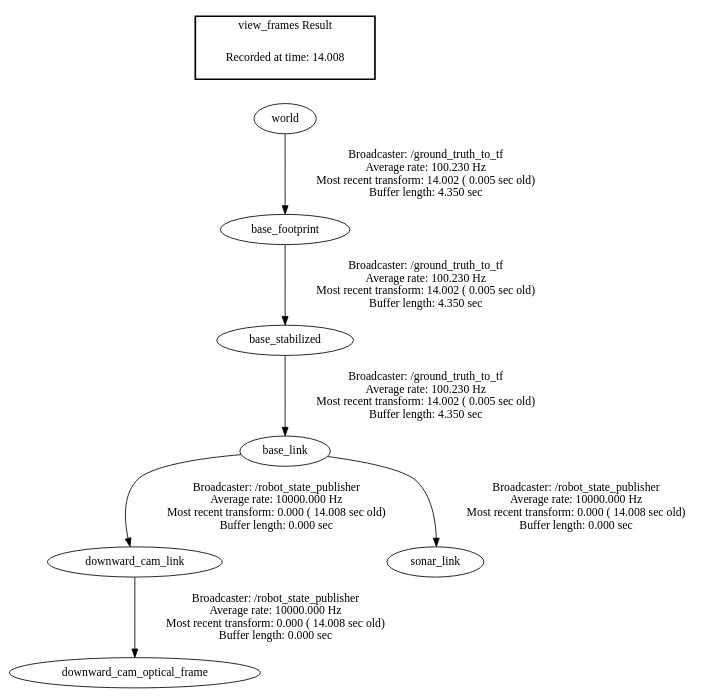
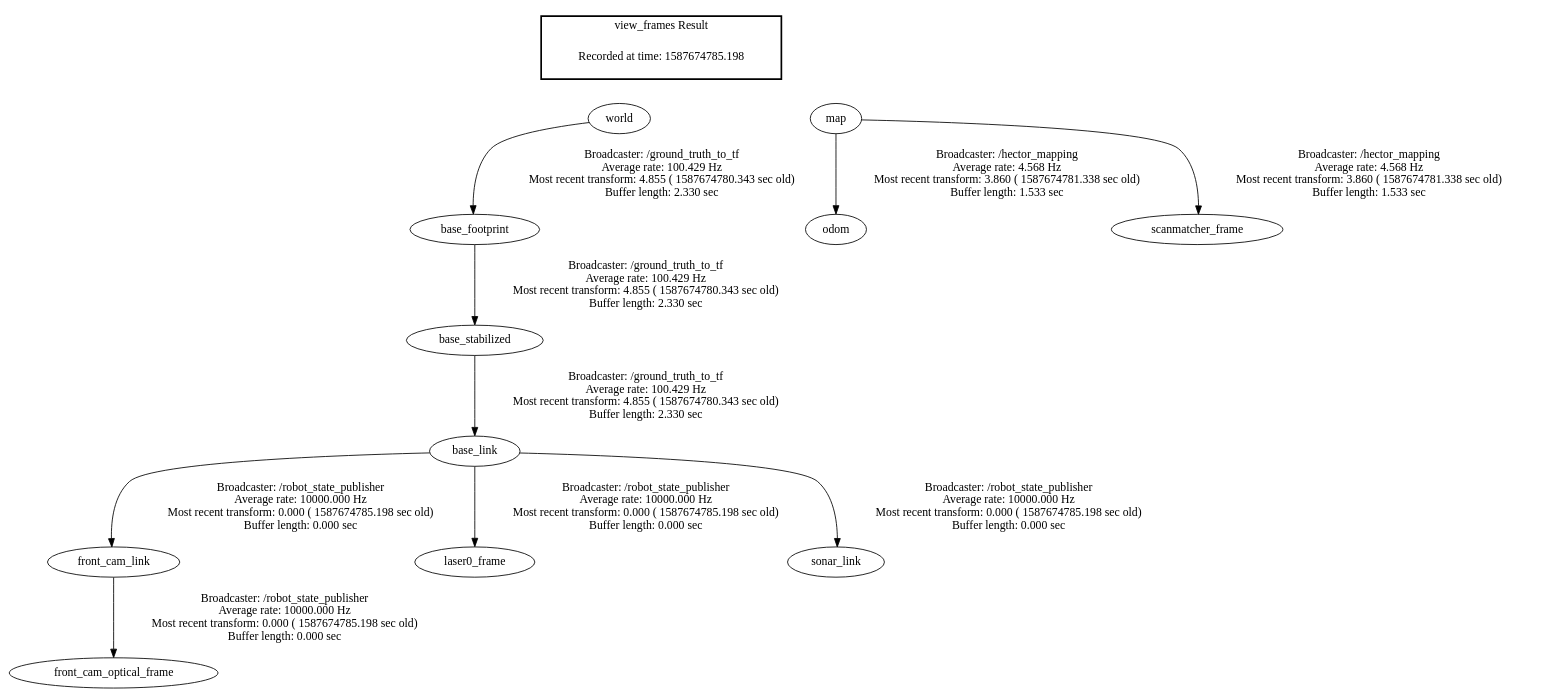
One commit to suveergarg/uav_landing changed the diagram in frames.gv. Above: the diagram before and after it, drawn with Graphviz. The commit also changed 7 other files, not shown here.

```diff
--- a/frames.gv
+++ b/frames.gv
@@ -1,12 +1,19 @@
 digraph G {
-"world" -> "base_footprint"[label="Broadcaster: /ground_truth_to_tf\nAverage rate: 100.230 Hz\nMost recent transform: 14.002 ( 0.005 sec old)\nBuffer length: 4.350 sec\n"];
-"base_footprint" -> "base_stabilized"[label="Broadcaster: /ground_truth_to_tf\nAverage rate: 100.230 Hz\nMost recent transform: 14.002 ( 0.005 sec old)\nBuffer length: 4.350 sec\n"];
-"base_stabilized" -> "base_link"[label="Broadcaster: /ground_truth_to_tf\nAverage rate: 100.230 Hz\nMost recent transform: 14.002 ( 0.005 sec old)\nBuffer length: 4.350 sec\n"];
-"base_link" -> "downward_cam_link"[label="Broadcaster: /robot_state_publisher\nAverage rate: 10000.000 Hz\nMost recent transform: 0.000 ( 14.008 sec old)\nBuffer length: 0.000 sec\n"];
-"downward_cam_link" -> "downward_cam_optical_frame"[label="Broadcaster: /robot_state_publisher\nAverage rate: 10000.000 Hz\nMost recent transform: 0.000 ( 14.008 sec old)\nBuffer length: 0.000 sec\n"];
-"base_link" -> "sonar_link"[label="Broadcaster: /robot_state_publisher\nAverage rate: 10000.000 Hz\nMost recent transform: 0.000 ( 14.008 sec old)\nBuffer length: 0.000 sec\n"];
+"base_link" -> "front_cam_link"[label="Broadcaster: /robot_state_publisher\nAverage rate: 10000.000 Hz\nMost recent transform: 0.000 ( 1587674785.198 sec old)\nBuffer length: 0.000 sec\n"];
+"base_stabilized" -> "base_link"[label="Broadcaster: /ground_truth_to_tf\nAverage rate: 100.429 Hz\nMost recent transform: 4.855 ( 1587674780.343 sec old)\nBuffer length: 2.330 sec\n"];
+"front_cam_link" -> "front_cam_optical_frame"[label="Broadcaster: /robot_state_publisher\nAverage rate: 10000.000 Hz\nMost recent transform: 0.000 ( 1587674785.198 sec old)\nBuffer length: 0.000 sec\n"];
+"base_link" -> "laser0_frame"[label="Broadcaster: /robot_state_publisher\nAverage rate: 10000.000 Hz\nMost recent transform: 0.000 ( 1587674785.198 sec old)\nBuffer length: 0.000 sec\n"];
+"base_link" -> "sonar_link"[label="Broadcaster: /robot_state_publisher\nAverage rate: 10000.000 Hz\nMost recent transform: 0.000 ( 1587674785.198 sec old)\nBuffer length: 0.000 sec\n"];
+"world" -> "base_footprint"[label="Broadcaster: /ground_truth_to_tf\nAverage rate: 100.429 Hz\nMost recent transform: 4.855 ( 1587674780.343 sec old)\nBuffer length: 2.330 sec\n"];
+"base_footprint" -> "base_stabilized"[label="Broadcaster: /ground_truth_to_tf\nAverage rate: 100.429 Hz\nMost recent transform: 4.855 ( 1587674780.343 sec old)\nBuffer length: 2.330 sec\n"];
+"map" -> "odom"[label="Broadcaster: /hector_mapping\nAverage rate: 4.568 Hz\nMost recent transform: 3.860 ( 1587674781.338 sec old)\nBuffer length: 1.533 sec\n"];
+"map" -> "scanmatcher_frame"[label="Broadcaster: /hector_mapping\nAverage rate: 4.568 Hz\nMost recent transform: 3.860 ( 1587674781.338 sec old)\nBuffer length: 1.533 sec\n"];
 edge [style=invis];
  subgraph cluster_legend { style=bold; color=black; label ="view_frames Result";
-"Recorded at time: 14.008"[ shape=plaintext ] ;
+"Recorded at time: 1587674785.198"[ shape=plaintext ] ;
  }->"world";
+edge [style=invis];
+ subgraph cluster_legend { style=bold; color=black; label ="view_frames Result";
+"Recorded at time: 1587674785.198"[ shape=plaintext ] ;
+ }->"map";
 }
```
